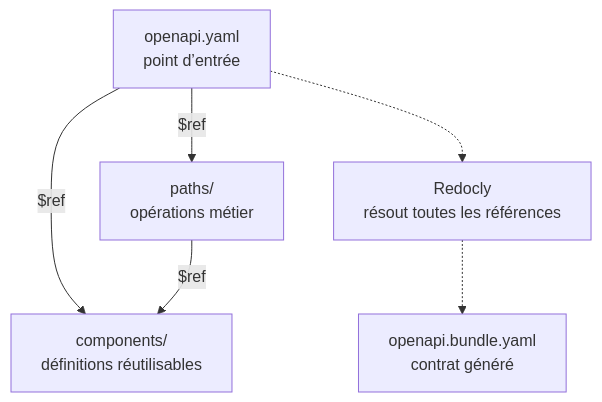
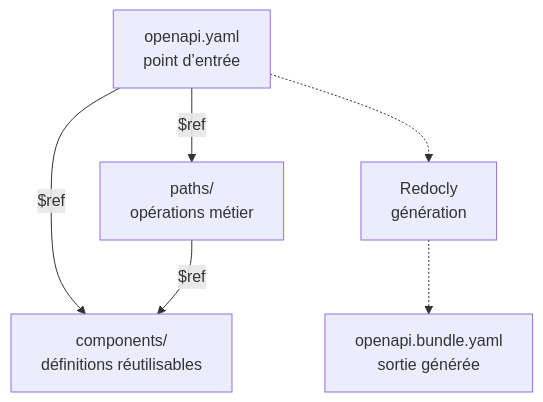
One commit to MehdyBouzid/File_rougeWebservice changed the diagram in docs/outillage-tp3.md. Above: the diagram before and after it, drawn with Mermaid. The commit also changed other lines of this file and 8 other files, not shown here.

````diff
--- a/docs/outillage-tp3.md
+++ b/docs/outillage-tp3.md
@@ -11,8 +15,8 @@
 ```mermaid
 flowchart TD
     P["openapi.yaml<br/>point d’entrée"] -->|"$ref"| O["paths/<br/>opérations métier"]
     P -->|"$ref"| C["components/<br/>définitions réutilisables"]
     O -->|"$ref"| C
-    P -.-> R["Redocly<br/>résout toutes les références"]
-    R -.-> B["openapi.bundle.yaml<br/>contrat généré"]
+    P -.-> R["Redocly<br/>génération"]
+    R -.-> B["openapi.bundle.yaml<br/>sortie générée"]
 ```
````
